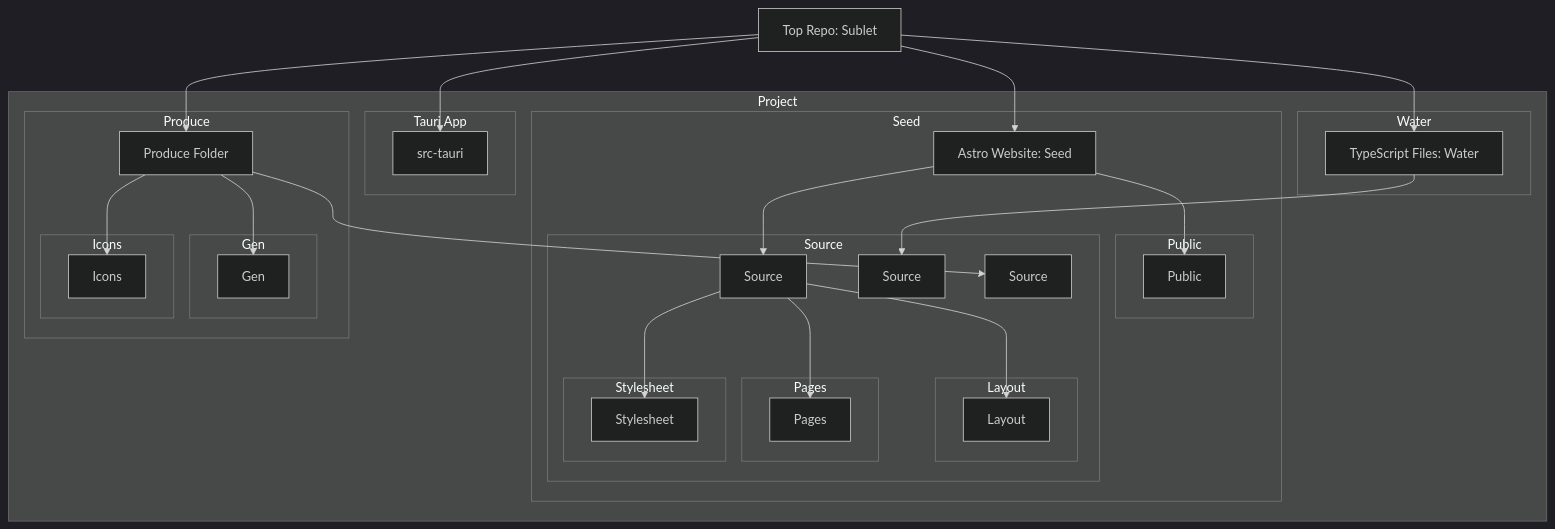
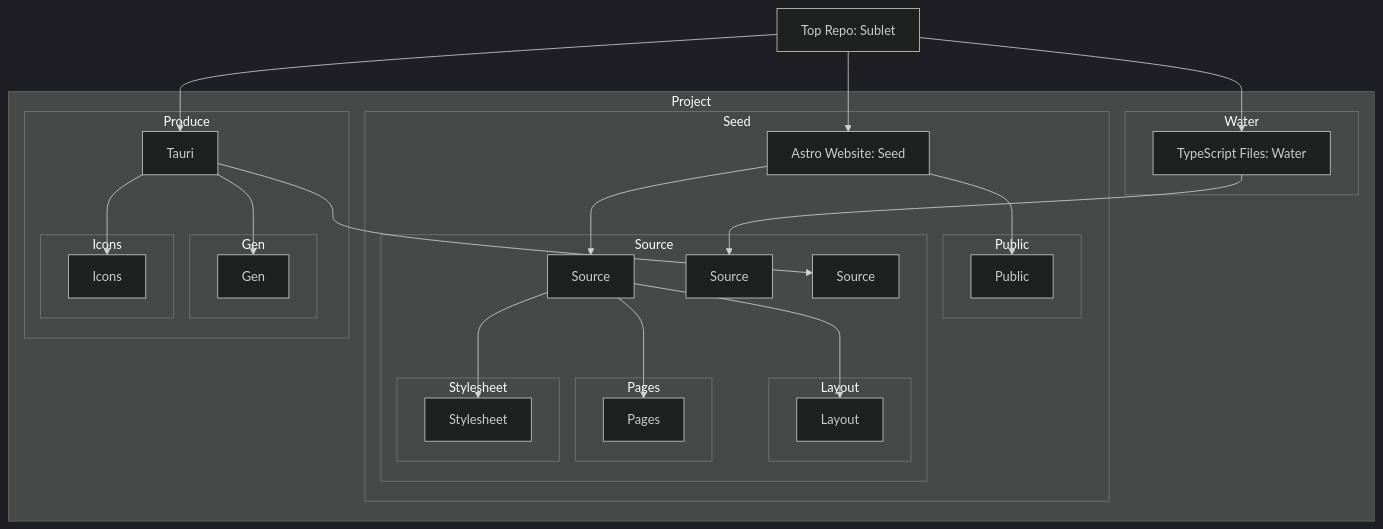
The first of 2 diagrams in README.md (CodeEditorLand/Land), drawn with Mermaid (dark theme) before and after one commit. The commit also changed 46 other files, not shown here.

````diff
--- a/README.md
+++ b/README.md
@@ -23,63 +23,58 @@
 ```mermaid
 graph TD
     A[Top Repo: Sublet]
 
     subgraph Project
         subgraph Seed
             D[Astro Website: Seed]
             subgraph Public
                 D3[Public]
             end
             subgraph Source
                 D4[Source]
                 subgraph Layout
                     D5[Layout]
                 end
                 subgraph Pages
                     D6[Pages]
                 end
                 subgraph Stylesheet
                     D7[Stylesheet]
                 end
             end
         end
 
-        subgraph Tauri App
-            E[src-tauri]
-        end
-
         subgraph Water
             F[TypeScript Files: Water]
             subgraph Source
                 F3[Source]
             end
         end
 
         subgraph Produce
-            G[Produce Folder]
+            G[Tauri]
             subgraph Gen
                 G3[Gen]
             end
             subgraph Icons
                 G4[Icons]
             end
             subgraph Source
                 G5[Source]
             end
         end
     end
 
     A --> D
-    A --> E
     A --> F
     A --> G
     D --> D3
     D --> D4
     D4 --> D5
     D4 --> D6
     D4 --> D7
     F --> F3
     G --> G3
     G --> G4
     G --> G5
 ```
````
